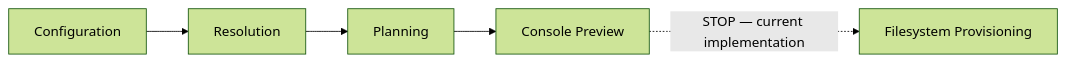
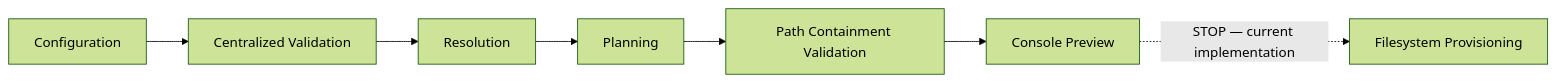
Before and after one commit to ChrisLThompson/CareerOS.Bootstrap: the second of 7 diagrams in Documentation/Diagrams/BOOTSTRAP_PROCESS_FLOW.md, drawn with Mermaid (forest theme). The commit also changed other lines of this file and 15 other files, not shown here.

````diff
--- a/Documentation/Diagrams/BOOTSTRAP_PROCESS_FLOW.md
+++ b/Documentation/Diagrams/BOOTSTRAP_PROCESS_FLOW.md
@@ -63,8 +75,10 @@
 ```mermaid
 flowchart LR
-    A["Configuration"] --> B["Resolution"]
-    B --> C["Planning"]
-    C --> D["Console Preview"]
+    A["Configuration"] --> B["Centralized Validation"]
+    B --> C["Resolution"]
+    C --> D["Planning"]
+    D --> E["Path Containment Validation"]
+    E --> F["Console Preview"]
 
-    D -. "STOP — current implementation" .-> E["Filesystem Provisioning"]
+    F -. "STOP — current implementation" .-> G["Filesystem Provisioning"]
 ```
````
